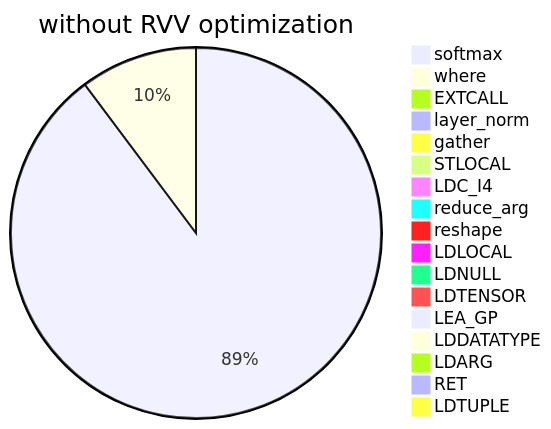
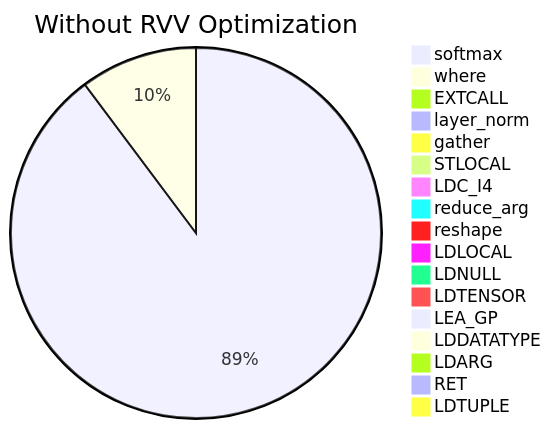
The first of 2 diagrams in en/02_applications/tutorials/K230_RVV_optimization_performance_description.md (kendryte/k230_docs), drawn with Mermaid before and after one commit. The commit also changed other lines of this file and 142 other files, not shown here.

````diff
--- a/en/02_applications/tutorials/K230_RVV_optimization_performance_description.md
+++ b/en/02_applications/tutorials/K230_RVV_optimization_performance_description.md
@@ -111,22 +111,21 @@
-```mermaid
+<div class="mermaid">
 pie
-    title without RVV optimization
+    title Without RVV Optimization
     "softmax" : 88.6574
     "where" : 10.1058
     "EXTCALL" : 0.815779
     "layer_norm" : 0.294408
     "gather" : 0.0199144
     "STLOCAL" : 0.019813
     "LDC_I4" : 0.019661
     "reduce_arg" : 0.017026
     "reshape" : 0.014239
     "LDLOCAL" : 0.0131749
     "LDNULL" : 0.00841166
     "LDTENSOR" : 0.00521929
     "LEA_GP" : 0.00491525
     "LDDATATYPE" : 0.00354709
     "LDARG" : 0.000405381
     "RET" : 0.000202691
     "LDTUPLE" : 0.000152018
-
-```
+</div>
````
